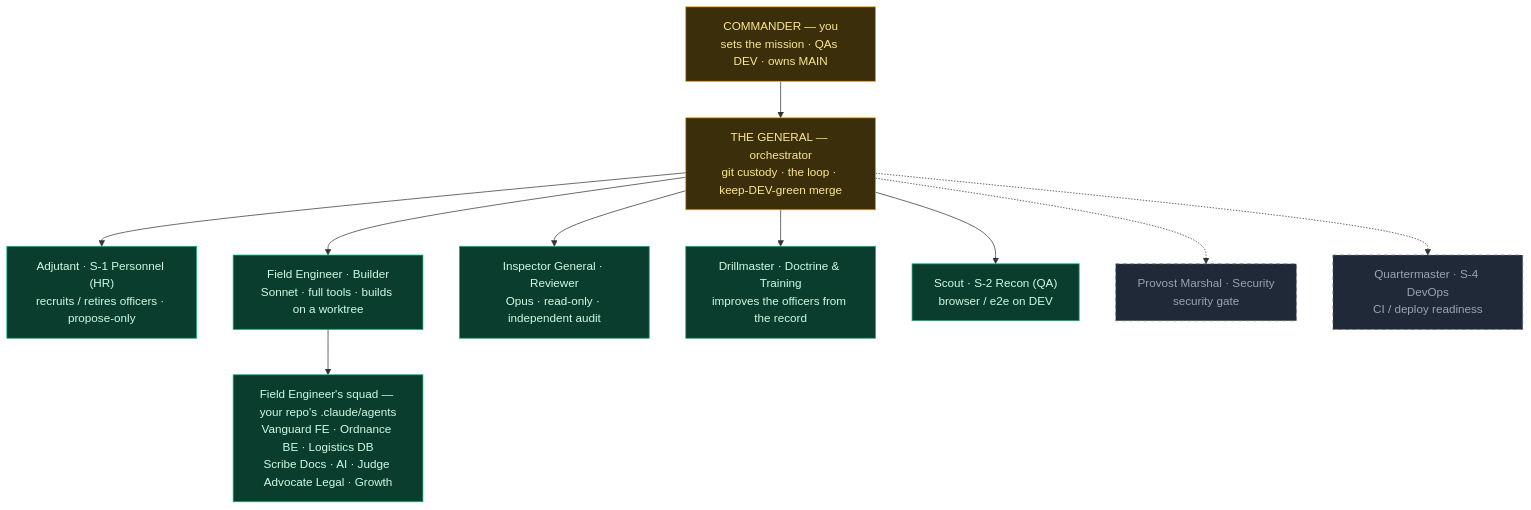
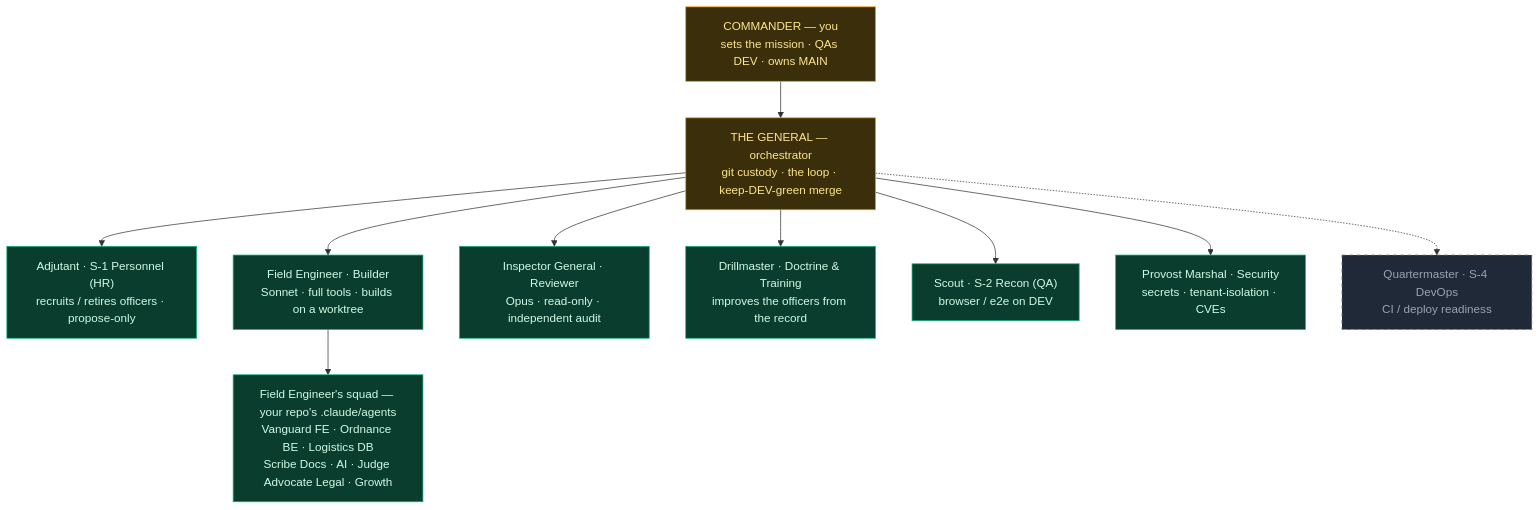
Before and after one commit to roman-berlin/Elite-Squad: the first of 3 diagrams in ORG.md, drawn with Mermaid. The commit also changed other lines of this file and 5 other files, not shown here.

Commit message:
Provost Marshal: security recon officer + general provost + council seat

````diff
--- a/ORG.md
+++ b/ORG.md
@@ -13,23 +13,23 @@
 ```mermaid
 graph TD
     C["COMMANDER — you<br/>sets the mission · QAs DEV · owns MAIN"]
     G["THE GENERAL — orchestrator<br/>git custody · the loop · keep-DEV-green merge"]
     C --> G
 
     G --> ADJ["Adjutant · S-1 Personnel (HR)<br/>recruits / retires officers · propose-only"]
     G --> ENG["Field Engineer · Builder<br/>Sonnet · full tools · builds on a worktree"]
     G --> INS["Inspector General · Reviewer<br/>Opus · read-only · independent audit"]
     G --> DRL["Drillmaster · Doctrine & Training<br/>improves the officers from the record"]
     G --> SCT["Scout · S-2 Recon (QA)<br/>browser / e2e on DEV"]
-    G -.-> PRV["Provost Marshal · Security<br/>security gate"]
+    G --> PRV["Provost Marshal · Security<br/>secrets · tenant-isolation · CVEs"]
     G -.-> QM["Quartermaster · S-4 DevOps<br/>CI / deploy readiness"]
 
     ENG --> SQ["Field Engineer's squad — your repo's .claude/agents<br/>Vanguard FE · Ordnance BE · Logistics DB<br/>Scribe Docs · AI · Judge Advocate Legal · Growth"]
 
     classDef command fill:#3b2f0b,stroke:#f59e0b,color:#fde68a;
     classDef active fill:#0b3d2e,stroke:#10b981,color:#d1fae5;
     classDef planned fill:#1f2937,stroke:#6b7280,color:#9ca3af,stroke-dasharray:5 5;
     class C,G command;
-    class ADJ,ENG,INS,DRL,SCT,SQ active;
-    class PRV,QM planned;
+    class ADJ,ENG,INS,DRL,SCT,PRV,SQ active;
+    class QM planned;
 ```
````
